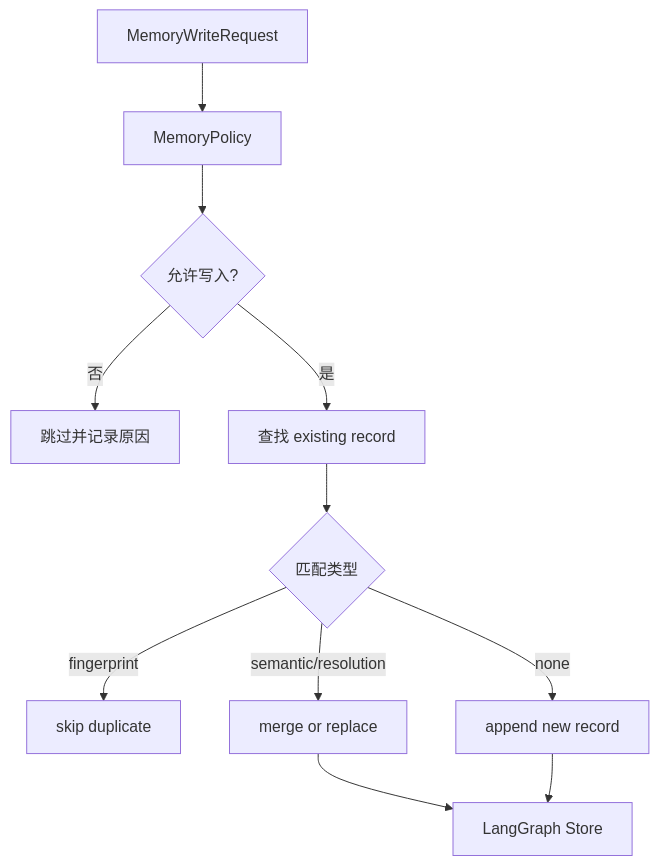
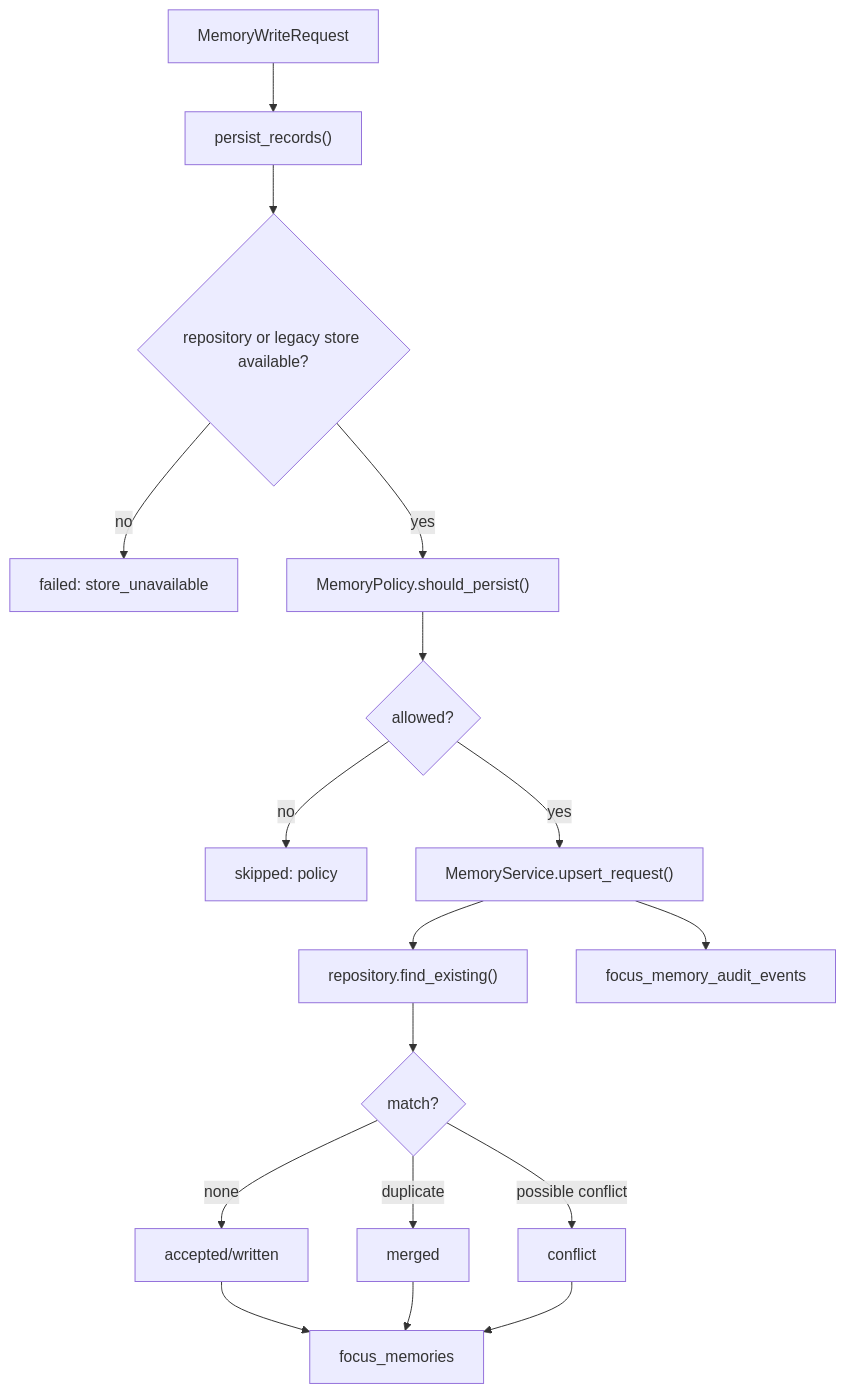
Before and after one commit to William-zgx/focus-agent: the fourth of 6 diagrams in docs/memory-system.md, drawn with Mermaid. The commit also changed other lines of this file and 58 other files, not shown here.

````diff
--- a/docs/memory-system.md
+++ b/docs/memory-system.md
@@ -265,13 +447,19 @@
 ```mermaid
 flowchart TD
-    Request["MemoryWriteRequest"] --> Policy["MemoryPolicy"]
-    Policy --> Allowed{"允许写入?"}
-    Allowed -- "否" --> Drop["跳过并记录原因"]
-    Allowed -- "是" --> Existing["查找 existing record"]
-    Existing --> Match{"匹配类型"}
-    Match -- "fingerprint" --> Skip["skip duplicate"]
-    Match -- "semantic/resolution" --> Merge["merge or replace"]
-    Match -- "none" --> Append["append new record"]
-    Merge --> Store["LangGraph Store"]
-    Append --> Store
+    Request["MemoryWriteRequest"] --> Persist["persist_records()"]
+    Persist --> Available{"repository or legacy store available?"}
+    Available -- "no" --> Failed["failed: store_unavailable"]
+    Available -- "yes" --> Policy["MemoryPolicy.should_persist()"]
+    Policy --> Allowed{"allowed?"}
+    Allowed -- "no" --> Skipped["skipped: policy"]
+    Allowed -- "yes" --> Service["MemoryService.upsert_request()"]
+    Service --> Existing["repository.find_existing()"]
+    Existing --> Match{"match?"}
+    Match -- "none" --> Written["accepted/written"]
+    Match -- "duplicate" --> Merged["merged"]
+    Match -- "possible conflict" --> Conflict["conflict"]
+    Written --> Repo["focus_memories"]
+    Merged --> Repo
+    Conflict --> Repo
+    Service --> Audit["focus_memory_audit_events"]
 ```
````
